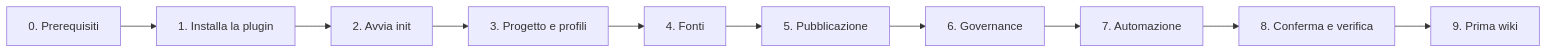
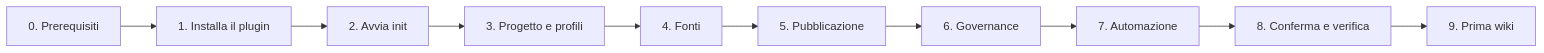
Before and after one commit to raythekool/power-platform-llm-wiki: the diagram in docs/wizard-configurazione.md, drawn with Mermaid. The commit also changed other lines of this file and 12 other files, not shown here.

````diff
--- a/docs/wizard-configurazione.md
+++ b/docs/wizard-configurazione.md
@@ -10,12 +10,12 @@
 ```mermaid
 flowchart LR
-    A[0. Prerequisiti] --> B[1. Installa la plugin]
+    A[0. Prerequisiti] --> B[1. Installa il plugin]
     B --> C[2. Avvia init]
     C --> D[3. Progetto e profili]
     D --> E[4. Fonti]
     E --> F[5. Pubblicazione]
     F --> G[6. Governance]
     G --> H[7. Automazione]
     H --> I[8. Conferma e verifica]
     I --> J[9. Prima wiki]
 ```
````
